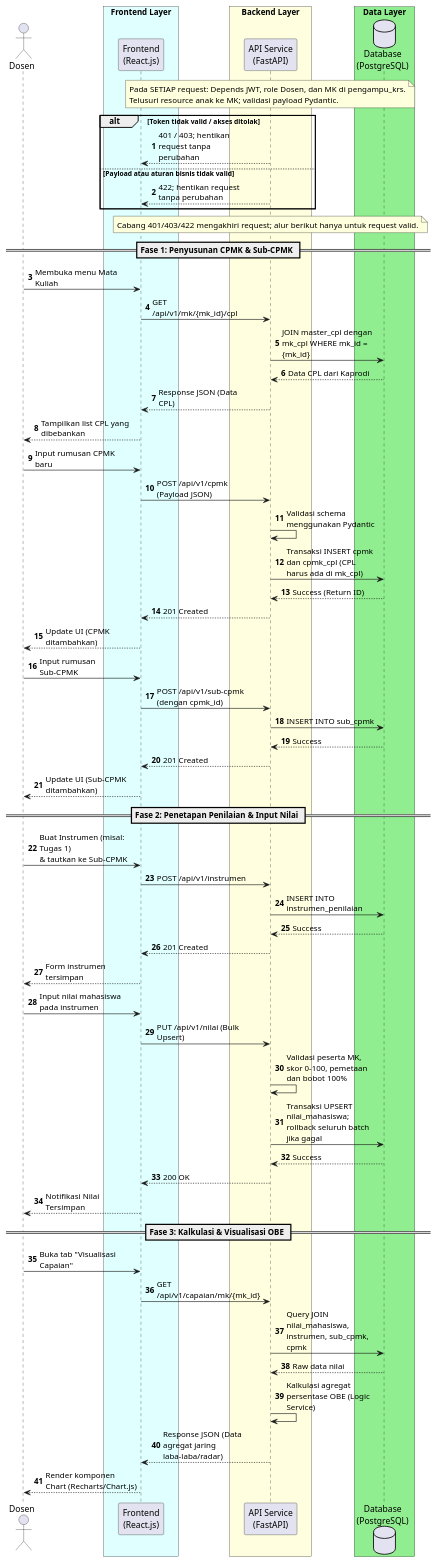
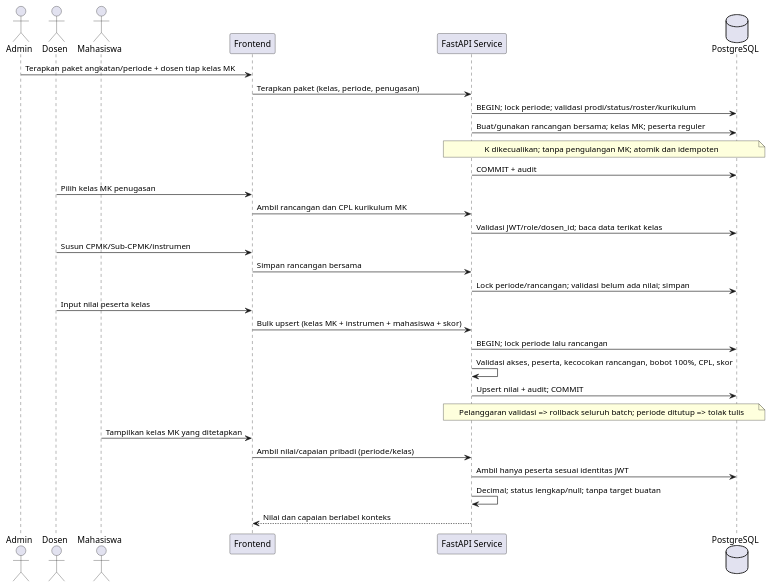
One commit to fyou00/pnl-obe changed the third of 5 diagrams in SCHEMA.md. Above: the diagram before and after it, drawn with PlantUML. The commit also changed other lines of this file and 45 other files, not shown here.

Commit message:
feat: bootstrap FastAPI backend with academic schema and JWT RBAC

````diff
--- a/SCHEMA.md
+++ b/SCHEMA.md
@@ -342,78 +336,33 @@
 ```plantuml
 @startuml
-autonumber
-skinparam maxMessageSize 150
-skinparam ParticipantPadding 20
-skinparam BoxPadding 10
-
-actor "Dosen" as dosen
-box "Frontend Layer" #LightCyan
-participant "Frontend\n(React.js)" as react
-end box
-box "Backend Layer" #LightYellow
-participant "API Service\n(FastAPI)" as api
-end box
-box "Data Layer" #LightGreen
-database "Database\n(PostgreSQL)" as db
-end box
-
-note over api
-Pada SETIAP request: Depends JWT, role Dosen, dan MK di pengampu_krs.
-Telusuri resource anak ke MK; validasi payload Pydantic.
-end note
-alt Token tidak valid / akses ditolak
-  api --> react : 401 / 403; hentikan request tanpa perubahan
-else Payload atau aturan bisnis tidak valid
-  api --> react : 422; hentikan request tanpa perubahan
-end
-note over api : Cabang 401/403/422 mengakhiri request; alur berikut hanya untuk request valid.
-
-== Fase 1: Penyusunan CPMK & Sub-CPMK ==
-dosen -> react : Membuka menu Mata Kuliah
-react -> api : GET /api/v1/mk/{mk_id}/cpl
-api -> db : JOIN master_cpl dengan mk_cpl WHERE mk_id = {mk_id}
-db --> api : Data CPL dari Kaprodi
-api --> react : Response JSON (Data CPL)
-react --> dosen : Tampilkan list CPL yang dibebankan
-
-dosen -> react : Input rumusan CPMK baru
-react -> api : POST /api/v1/cpmk (Payload JSON)
-api -> api : Validasi schema menggunakan Pydantic
-api -> db : Transaksi INSERT cpmk dan cpmk_cpl (CPL harus ada di mk_cpl)
-db --> api : Success (Return ID)
-api --> react : 201 Created
-react --> dosen : Update UI (CPMK ditambahkan)
-
-dosen -> react : Input rumusan Sub-CPMK
-react -> api : POST /api/v1/sub-cpmk (dengan cpmk_id)
-api -> db : INSERT INTO sub_cpmk
-db --> api : Success
-api --> react : 201 Created
-react --> dosen : Update UI (Sub-CPMK ditambahkan)
-
-== Fase 2: Penetapan Penilaian & Input Nilai ==
-dosen -> react : Buat Instrumen (misal: Tugas 1)\n& tautkan ke Sub-CPMK
-react -> api : POST /api/v1/instrumen
-api -> db : INSERT INTO instrumen_penilaian
-db --> api : Success
-api --> react : 201 Created
-react --> dosen : Form instrumen tersimpan
-
-dosen -> react : Input nilai mahasiswa pada instrumen
-react -> api : PUT /api/v1/nilai (Bulk Upsert)
-api -> api : Validasi peserta MK, skor 0–100, pemetaan dan bobot 100%
-api -> db : Transaksi UPSERT nilai_mahasiswa; rollback seluruh batch jika gagal
-db --> api : Success
-api --> react : 200 OK
-react --> dosen : Notifikasi Nilai Tersimpan
-
-== Fase 3: Kalkulasi & Visualisasi OBE ==
-dosen -> react : Buka tab "Visualisasi Capaian"
-react -> api : GET /api/v1/capaian/mk/{mk_id}
-api -> db : Query JOIN nilai_mahasiswa, instrumen, sub_cpmk, cpmk
-db --> api : Raw data nilai
-api -> api : Kalkulasi agregat persentase OBE (Logic Service)
-api --> react : Response JSON (Data agregat jaring laba-laba/radar)
-react --> dosen : Render komponen Chart (Recharts/Chart.js)
+actor Admin
+actor Dosen
+actor Mahasiswa
+participant Frontend
+participant "FastAPI Service" as API
+database PostgreSQL as DB
+Admin -> Frontend : Terapkan paket angkatan/periode + dosen tiap kelas MK
+Frontend -> API : Terapkan paket (kelas, periode, penugasan)
+API -> DB : BEGIN; lock periode; validasi prodi/status/roster/kurikulum
+API -> DB : Buat/gunakan rancangan bersama; kelas MK; peserta reguler
+note over API, DB : K dikecualikan; tanpa pengulangan MK; atomik dan idempoten
+API -> DB : COMMIT + audit
+Dosen -> Frontend : Pilih kelas MK penugasan
+Frontend -> API : Ambil rancangan dan CPL kurikulum MK
+API -> DB : Validasi JWT/role/dosen_id; baca data terikat kelas
+Dosen -> Frontend : Susun CPMK/Sub-CPMK/instrumen
+Frontend -> API : Simpan rancangan bersama
+API -> DB : Lock periode/rancangan; validasi belum ada nilai; simpan
+Dosen -> Frontend : Input nilai peserta kelas
+Frontend -> API : Bulk upsert (kelas MK + instrumen + mahasiswa + skor)
+API -> DB : BEGIN; lock periode lalu rancangan
+API -> API : Validasi akses, peserta, kecocokan rancangan, bobot 100%, CPL, skor
+API -> DB : Upsert nilai + audit; COMMIT
+note over API, DB : Pelanggaran validasi => rollback seluruh batch; periode ditutup => tolak tulis
+Mahasiswa -> Frontend : Tampilkan kelas MK yang ditetapkan
+Frontend -> API : Ambil nilai/capaian pribadi (periode/kelas)
+API -> DB : Ambil hanya peserta sesuai identitas JWT
+API -> API : Decimal; status lengkap/null; tanpa target buatan
+API --> Frontend : Nilai dan capaian berlabel konteks
 @enduml
 ```
````
